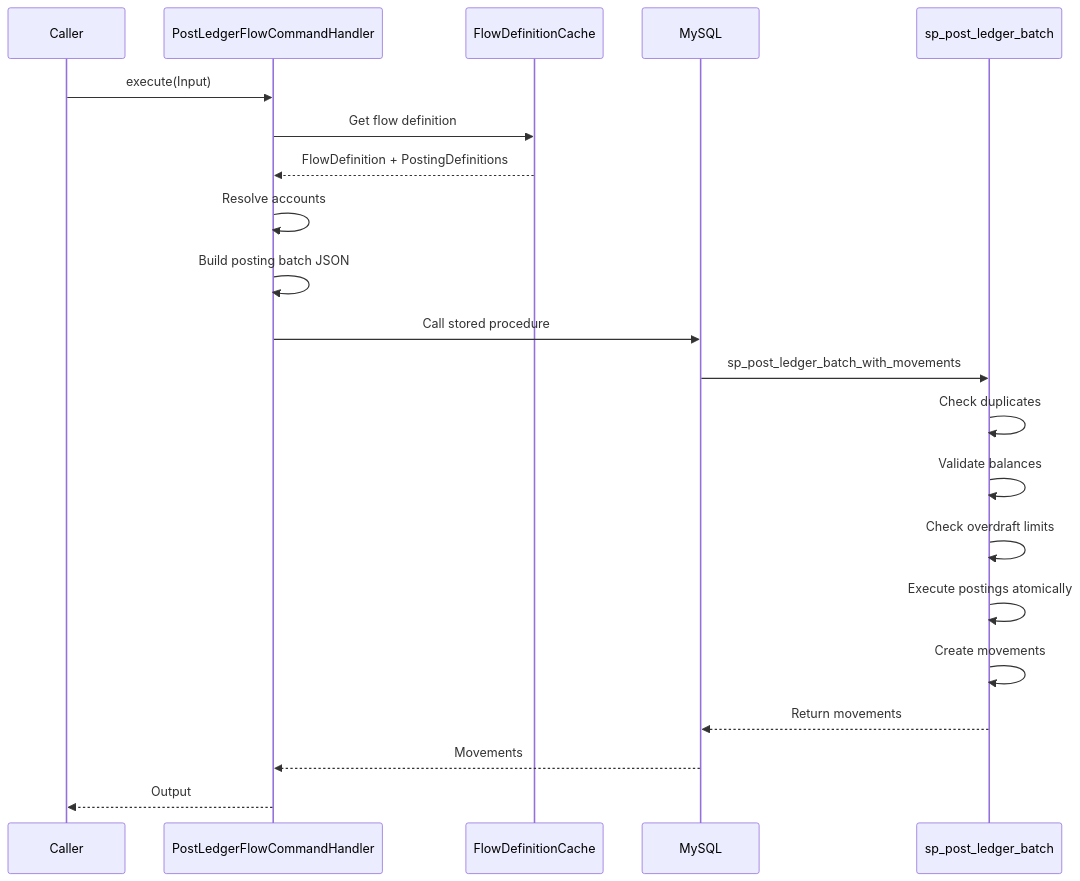
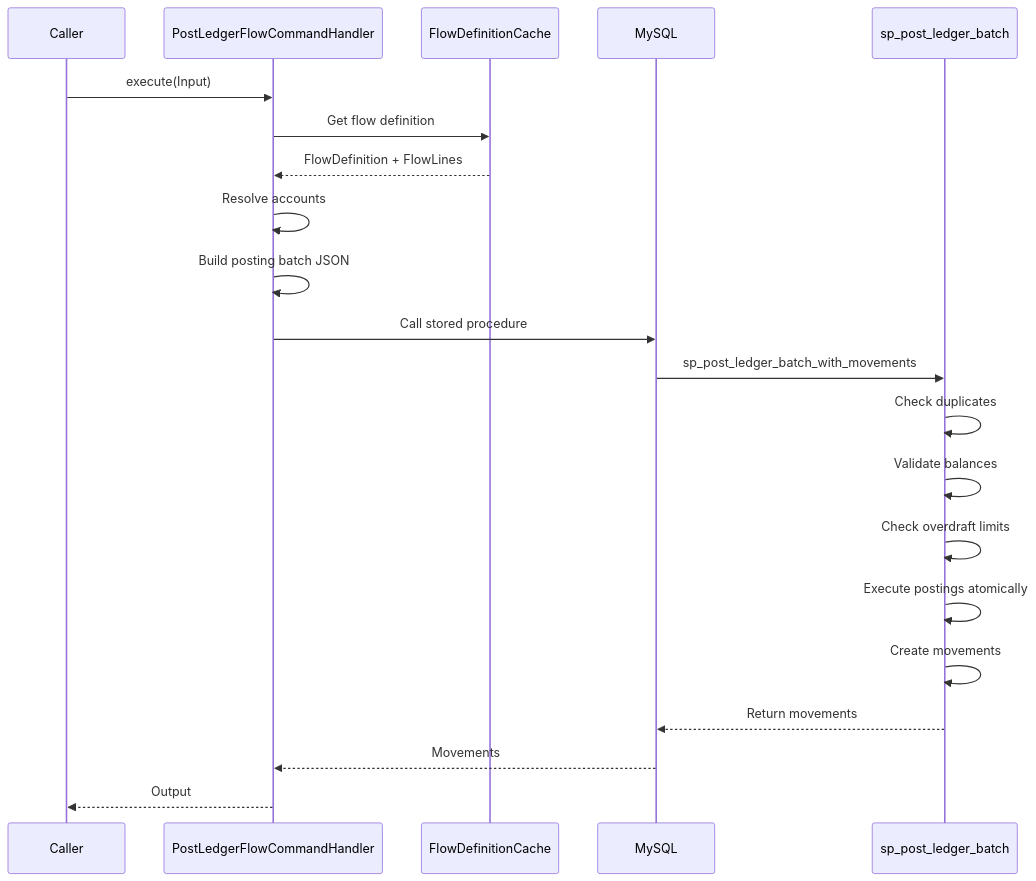
One commit to aungthawaye/mojave changed the diagram in docs/technical/02-core-modules/accounting-module.md. Above: the diagram before and after it, drawn with Mermaid. The commit also changed 41 other files, not shown here.

Commit message:
refactored PostingDefinition & its related terms to FlowLine and suitable naming

````diff
--- a/docs/technical/02-core-modules/accounting-module.md
+++ b/docs/technical/02-core-modules/accounting-module.md
@@ -48,26 +48,26 @@
 ```mermaid
 sequenceDiagram
     participant Caller
     participant Handler as PostLedgerFlowCommandHandler
     participant Cache as FlowDefinitionCache
     participant DB as MySQL
     participant SP as sp_post_ledger_batch
 
     Caller->>Handler: execute(Input)
     Handler->>Cache: Get flow definition
-    Cache-->>Handler: FlowDefinition + PostingDefinitions
+    Cache-->>Handler: FlowDefinition + FlowLines
 
     Handler->>Handler: Resolve accounts
     Handler->>Handler: Build posting batch JSON
 
     Handler->>DB: Call stored procedure
     DB->>SP: sp_post_ledger_batch_with_movements
     SP->>SP: Check duplicates
     SP->>SP: Validate balances
     SP->>SP: Check overdraft limits
     SP->>SP: Execute postings atomically
     SP->>SP: Create movements
     SP-->>DB: Return movements
     DB-->>Handler: Movements
     Handler-->>Caller: Output
 ```
````
